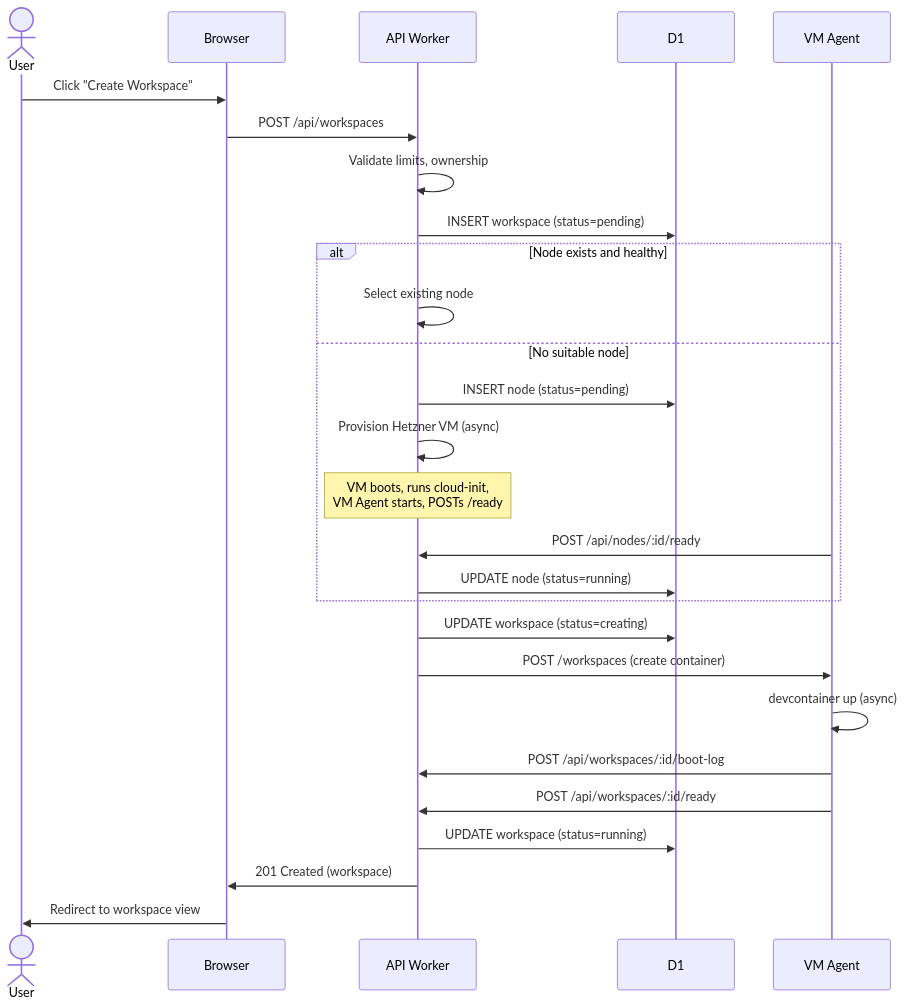
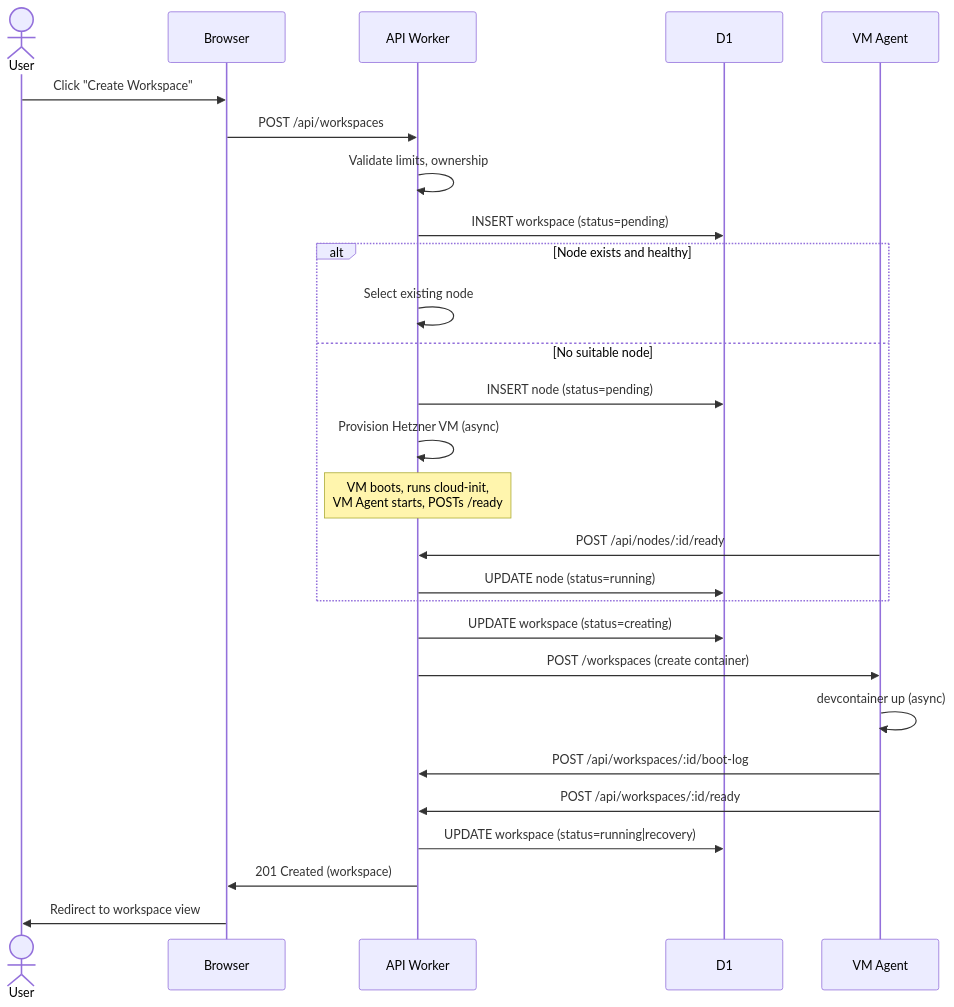
One commit to raphaeltm/simple-agent-manager changed the eighth of 17 diagrams in docs/architecture/walkthrough.md. Above: the diagram before and after it, drawn with Mermaid. The commit also changed other lines of this file and 28 other files, not shown here.

Commit message:
Harden devcontainer bootstrap fallback and add recovery status

````diff
--- a/docs/architecture/walkthrough.md
+++ b/docs/architecture/walkthrough.md
@@ -504,32 +507,32 @@
 ```mermaid
 sequenceDiagram
     actor User
     participant Browser
     participant API as API Worker
     participant D1
     participant NodeAgent as VM Agent
 
     User->>Browser: Click "Create Workspace"
     Browser->>API: POST /api/workspaces
     API->>API: Validate limits, ownership
     API->>D1: INSERT workspace (status=pending)
 
     alt Node exists and healthy
         API->>API: Select existing node
     else No suitable node
         API->>D1: INSERT node (status=pending)
         API->>API: Provision Hetzner VM (async)
         Note over API: VM boots, runs cloud-init,<br/>VM Agent starts, POSTs /ready
         NodeAgent->>API: POST /api/nodes/:id/ready
         API->>D1: UPDATE node (status=running)
     end
 
     API->>D1: UPDATE workspace (status=creating)
     API->>NodeAgent: POST /workspaces (create container)
     NodeAgent->>NodeAgent: devcontainer up (async)
     NodeAgent->>API: POST /api/workspaces/:id/boot-log
     NodeAgent->>API: POST /api/workspaces/:id/ready
-    API->>D1: UPDATE workspace (status=running)
+    API->>D1: UPDATE workspace (status=running|recovery)
     API->>Browser: 201 Created (workspace)
     Browser->>User: Redirect to workspace view
 ```
````
